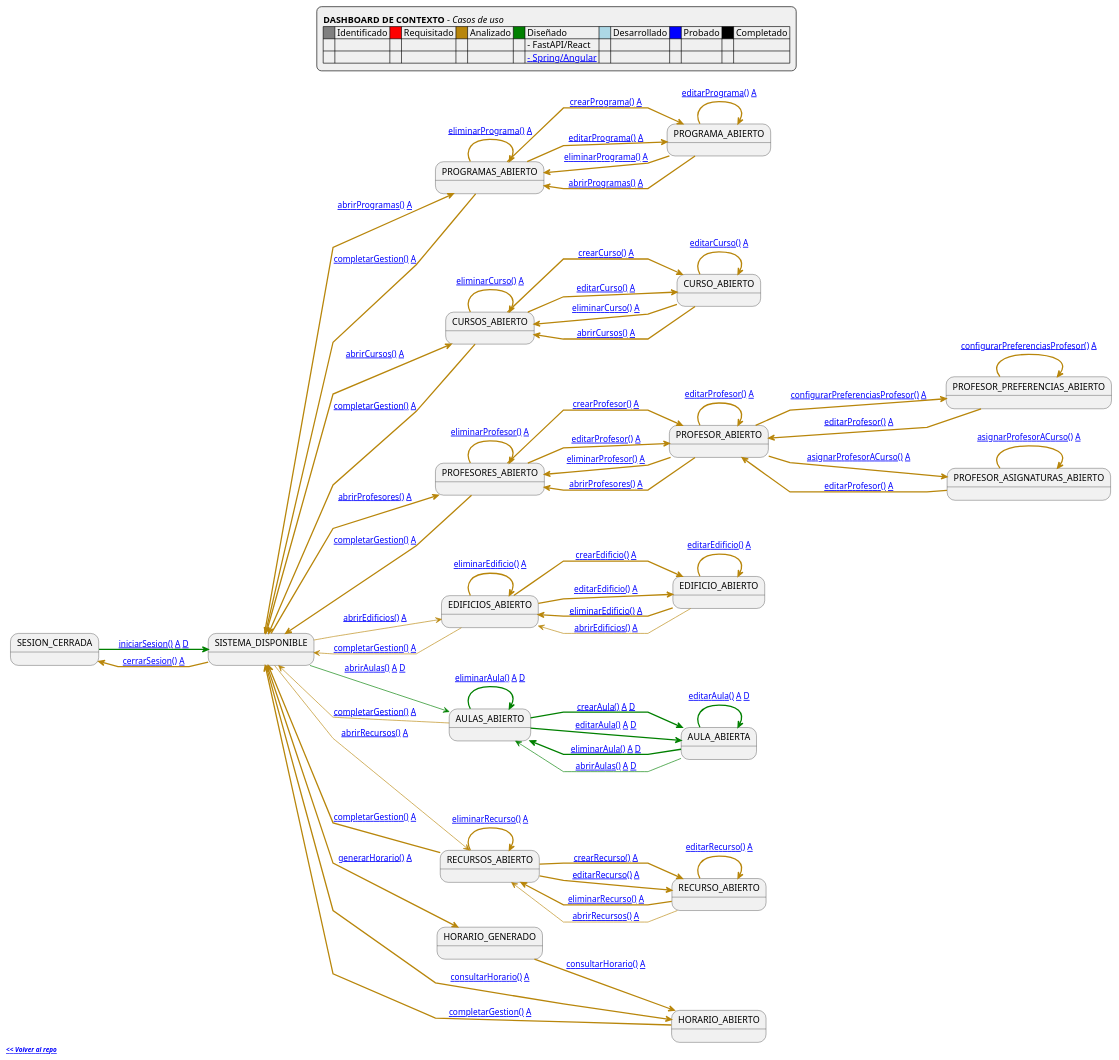
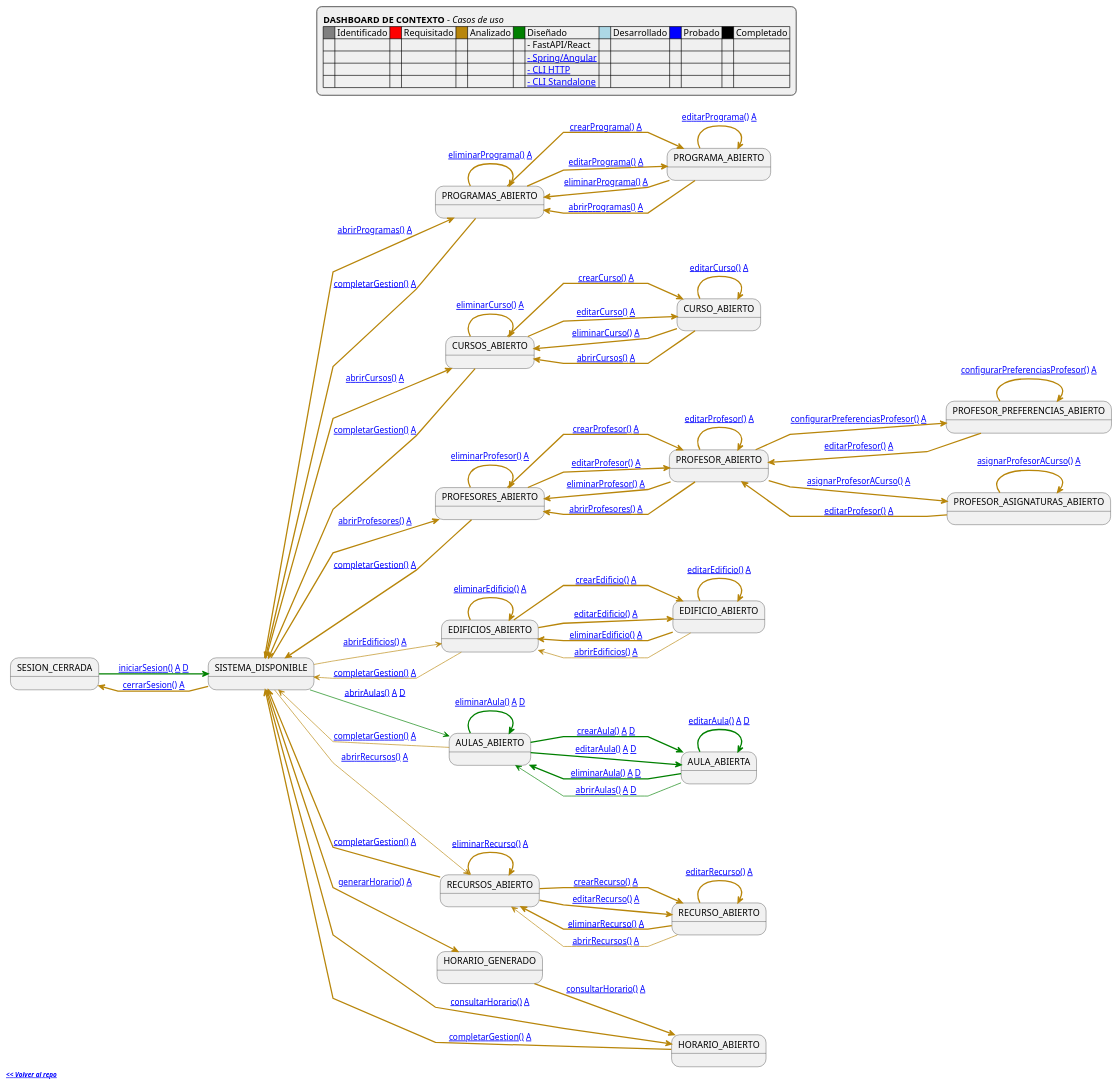
Before and after one commit to mmasias/pySigHor: the diagram in RUP/99-seguimiento/diagrama-contexto-administrador.puml, drawn with PlantUML.

Commit message:
feat: actualizar leyenda dashboard con enlaces a CLI

```diff
--- a/RUP/99-seguimiento/diagrama-contexto-administrador.puml
+++ b/RUP/99-seguimiento/diagrama-contexto-administrador.puml
@@ -21,8 +21,10 @@
     |<#gray>     | Identificado |<#red>     | Requisitado |<#darkgoldenrod>     | Analizado |<#green>     | Diseñado |<#lightblue>     | Desarrollado |<#blue>     | Probado |<#black>     | Completado |
     | | | | | | | | - FastAPI/React |
     | | | | | | | | [[https://raw.githubusercontent.com/mmasias/pySigHor/diseño-spring-angular/images/RUP/99-seguimiento/diagrama-contexto-administrador.svg - Spring/Angular]] |
+    | | | | | | | | [[https://raw.githubusercontent.com/mmasias/pySigHor/diseño-cli-python-http/images/RUP/99-seguimiento/diagrama-contexto-administrador.svg - CLI HTTP]] |
+    | | | | | | | | [[https://raw.githubusercontent.com/mmasias/pySigHor/diseño-cli-python-standalone/images/RUP/99-seguimiento/diagrama-contexto-administrador.svg - CLI Standalone]] |
     '====
-    '[**nombreCasoUso()**] -> Especificación detallada / [**A**] -> Análisis MVC / [**D**] -> Diseño
+    '[**nombreCasoUso()**] -> Especificación detallada / [**A**] -> Análisis MVC / [**D**] -> Diseño (disponible en ramas específicas)
     '====
 end legend
 
```
